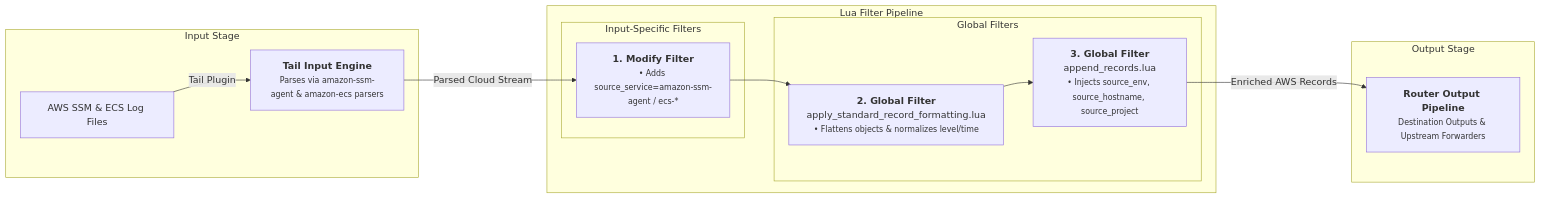
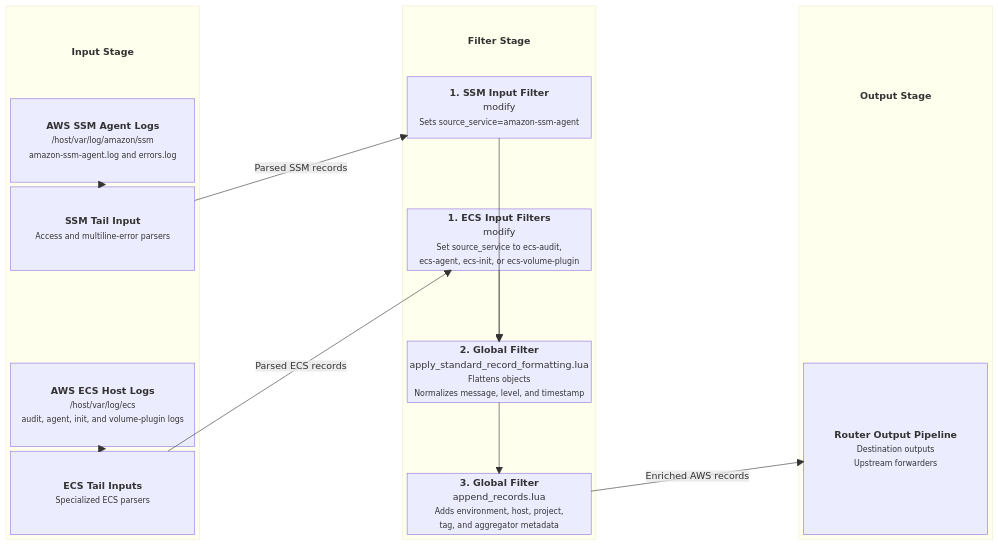
Before and after one commit to Josh5/fluent-bit-router: the diagram in docs/input-aws-cloud.md, drawn with Mermaid. The commit also changed 11 other files, not shown here.

Commit message:
Improvements to the mermaid diagrams

````diff
--- a/docs/input-aws-cloud.md
+++ b/docs/input-aws-cloud.md
@@ -26,36 +26,50 @@
 ```mermaid
-flowchart LR
-    %% TOP BLOCK: INPUT STAGE
-    subgraph InputStage [Input Stage]
-        A["AWS SSM & ECS Log Files"] -->|Tail Plugin| B["<b>Tail Input Engine</b><br><small>Parses via amazon-ssm-agent & amazon-ecs parsers</small>"]
+block-beta
+    columns 5
+
+    block:InputStage
+        columns 1
+        InputTitle["<b>Input Stage</b>"]
+        A["<b>AWS SSM Agent Logs</b><br/><small>/host/var/log/amazon/ssm<br/>amazon-ssm-agent.log and errors.log</small>"]
+        B["<b>SSM Tail Input</b><br/><small>Access and multiline-error parsers</small>"]
+        space
+        C["<b>AWS ECS Host Logs</b><br/><small>/host/var/log/ecs<br/>audit, agent, init, and volume-plugin logs</small>"]
+        D["<b>ECS Tail Inputs</b><br/><small>Specialized ECS parsers</small>"]
     end
 
-    %% Drop down connection to filter pipeline
-    B -->|Parsed Cloud Stream| C
+    space
 
-    %% MIDDLE BLOCK: LUA FILTER PIPELINE
-    subgraph FilterPipeline [Lua Filter Pipeline]
-        subgraph LocalFilter [Input-Specific Filters]
-            C["<b>1. Modify Filter</b><br><small>• Adds source_service=amazon-ssm-agent / ecs-*</small>"]
-        end
-
-        C --> D
-
-        subgraph GlobalFilters [Global Filters]
-            D["<b>2. Global Filter</b><br>apply_standard_record_formatting.lua<br><small>• Flattens objects & normalizes level/time</small>"]
-            --> E["<b>3. Global Filter</b><br>append_records.lua<br><small>• Injects source_env, source_hostname, source_project</small>"]
-        end
+    block:FilterStage
+        columns 1
+        FilterTitle["<b>Filter Stage</b>"]
+        E["<b>1. SSM Input Filter</b><br/>modify<br/><small>Sets source_service=amazon-ssm-agent</small>"]
+        space
+        F["<b>1. ECS Input Filters</b><br/>modify<br/><small>Set source_service to ecs-audit,<br/>ecs-agent, ecs-init, or ecs-volume-plugin</small>"]
+        space
+        G["<b>2. Global Filter</b><br/>apply_standard_record_formatting.lua<br/><small>Flattens objects<br/>Normalizes message, level, and timestamp</small>"]
+        space
+        H["<b>3. Global Filter</b><br/>append_records.lua<br/><small>Adds environment, host, project,<br/>tag, and aggregator metadata</small>"]
     end
 
-    %% Drop down connection to output stage
-    E -->|Enriched AWS Records| F
+    space
 
-    %% BOTTOM BLOCK: OUTPUT STAGE
-    subgraph OutputStage [Output Stage]
-        F["<b>Router Output Pipeline</b><br><small>Destination Outputs & Upstream Forwarders</small>"]
+    block:OutputStage
+        columns 1
+        OutputTitle["<b>Output Stage</b>"]
+        space
+        I["<b>Router Output Pipeline</b><br/><small>Destination outputs<br/>Upstream forwarders</small>"]
     end
 
-    %% Structural layout constraints
-    InputStage ~~~ FilterPipeline
-    FilterPipeline ~~~ OutputStage
+    A --> B
+    C --> D
+    B -- "Parsed SSM records" --> E
+    D -- "Parsed ECS records" --> F
+    E --> G
+    F --> G
+    G --> H
+    H -- "Enriched AWS records" --> I
+
+    style InputTitle fill:none,stroke:none
+    style FilterTitle fill:none,stroke:none
+    style OutputTitle fill:none,stroke:none
 ```
````
